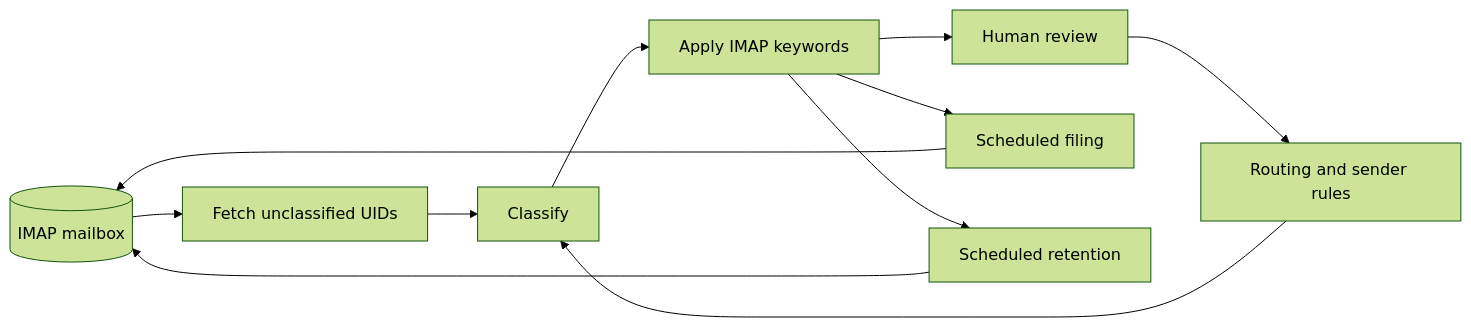
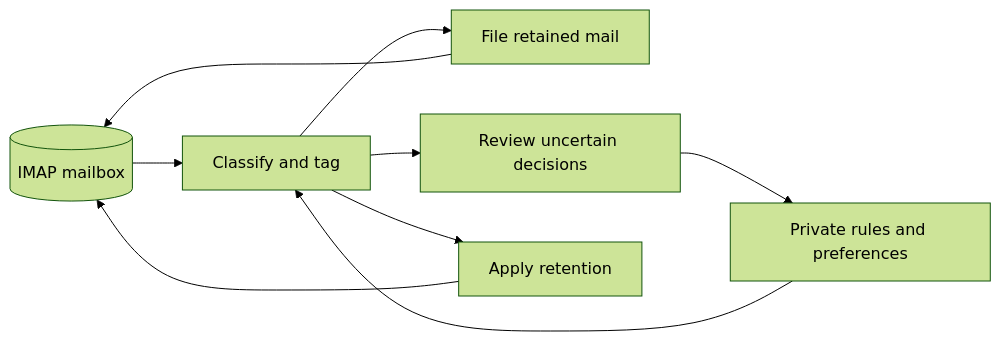
One commit to nulluid/tahor changed the diagram in README.md. Above: the diagram before and after it, drawn with Mermaid (forest theme). The commit also changed other lines of this file, not shown here.

````diff
--- a/README.md
+++ b/README.md
@@ -328,13 +241,11 @@
 ```mermaid
 flowchart LR
-    Inbox[(IMAP mailbox)] --> Fetch[Fetch unclassified UIDs]
-    Fetch --> Model[Classify]
-    Model --> Tags[Apply IMAP keywords]
-    Tags --> Review[Human review]
-    Tags --> Filing[Scheduled filing]
-    Tags --> Retention[Scheduled retention]
-    Review --> Rules[Routing and sender rules]
-    Rules --> Model
-    Filing --> Inbox
-    Retention --> Inbox
+    Mail[(IMAP mailbox)] --> Worker[Classify and tag]
+    Worker --> Filing[File retained mail]
+    Worker --> Review[Review uncertain decisions]
+    Worker --> Retention[Apply retention]
+    Review --> Rules[Private rules and preferences]
+    Rules --> Worker
+    Filing --> Mail
+    Retention --> Mail
 ```
````
